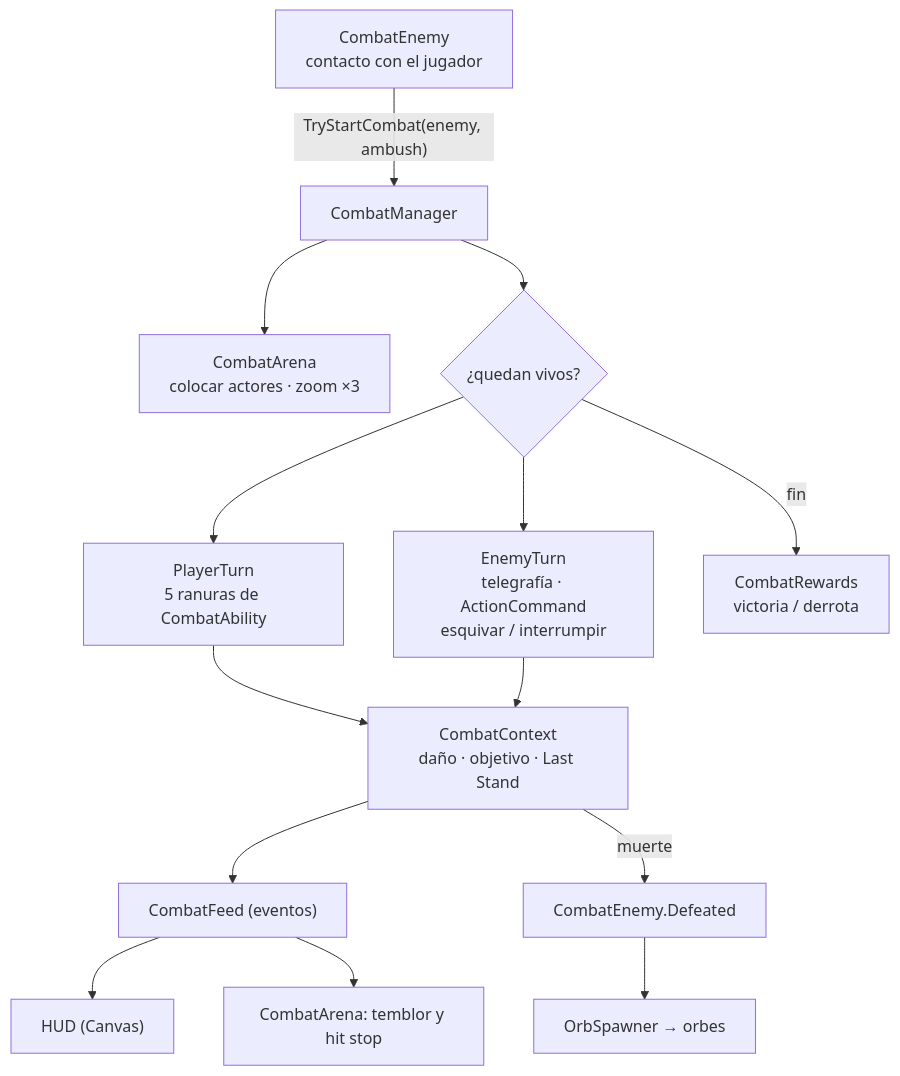
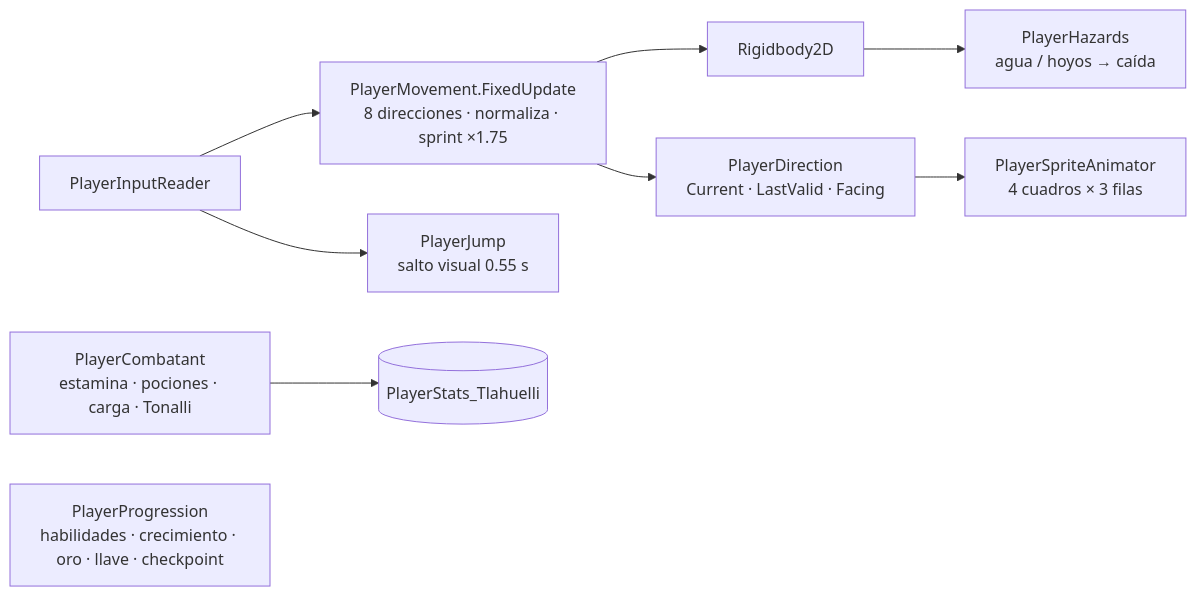
One commit to 0266768-velita/Videogame-Development changed the fourth of 8 diagrams in TD_Game_ARQUITECTURA.md. Above: the diagram before and after it, drawn with Mermaid. The commit also changed other lines of this file and 2 other files, not shown here.

````diff
--- a/TD_Game_ARQUITECTURA.md
+++ b/TD_Game_ARQUITECTURA.md
@@ -141,14 +277,11 @@
 ```mermaid
-flowchart TD
-    E["CombatEnemy<br/>contacto con el jugador"] -->|"TryStartCombat(enemy, ambush)"| CM[CombatManager]
-    CM --> AR["CombatArena<br/>colocar actores · zoom ×3"]
-    CM --> LOOP{"¿quedan vivos?"}
-    LOOP --> PT["PlayerTurn<br/>5 ranuras de CombatAbility"]
-    LOOP --> ET["EnemyTurn<br/>telegrafía · ActionCommand<br/>esquivar / interrumpir"]
-    PT & ET --> CTX["CombatContext<br/>daño · objetivo · Last Stand"]
-    CTX --> FEED["CombatFeed (eventos)"]
-    FEED --> HUD["HUD (Canvas)"]
-    FEED --> ARshake["CombatArena: temblor y hit stop"]
-    LOOP -->|fin| RW["CombatRewards<br/>victoria / derrota"]
-    CTX -->|muerte| CE["CombatEnemy.Defeated"] --> OS["OrbSpawner → orbes"]
+flowchart LR
+    PIR[PlayerInputReader] --> PM["PlayerMovement.FixedUpdate<br/>8 direcciones · normaliza · sprint ×1.75"]
+    PIR --> PJ["PlayerJump<br/>salto visual 0.55 s"]
+    PM --> RB[Rigidbody2D]
+    PM --> PD["PlayerDirection<br/>Current · LastValid · Facing"]
+    PD --> PSA["PlayerSpriteAnimator<br/>4 cuadros × 3 filas"]
+    RB --> PH["PlayerHazards<br/>agua / hoyos → caída"]
+    PC["PlayerCombatant<br/>estamina · pociones · carga · Tonalli"] --> PS[(PlayerStats_Tlahuelli)]
+    PP["PlayerProgression<br/>habilidades · crecimiento · oro · llave · checkpoint"]
 ```
````
